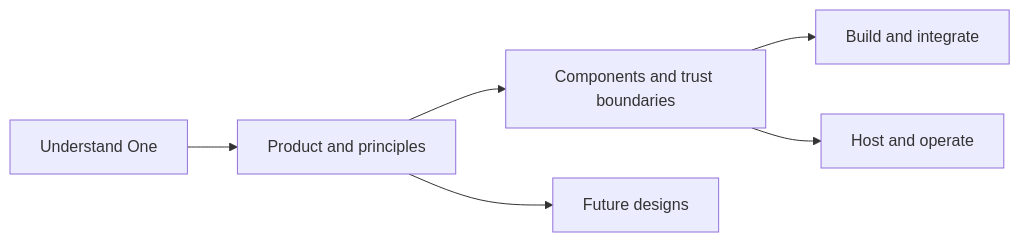
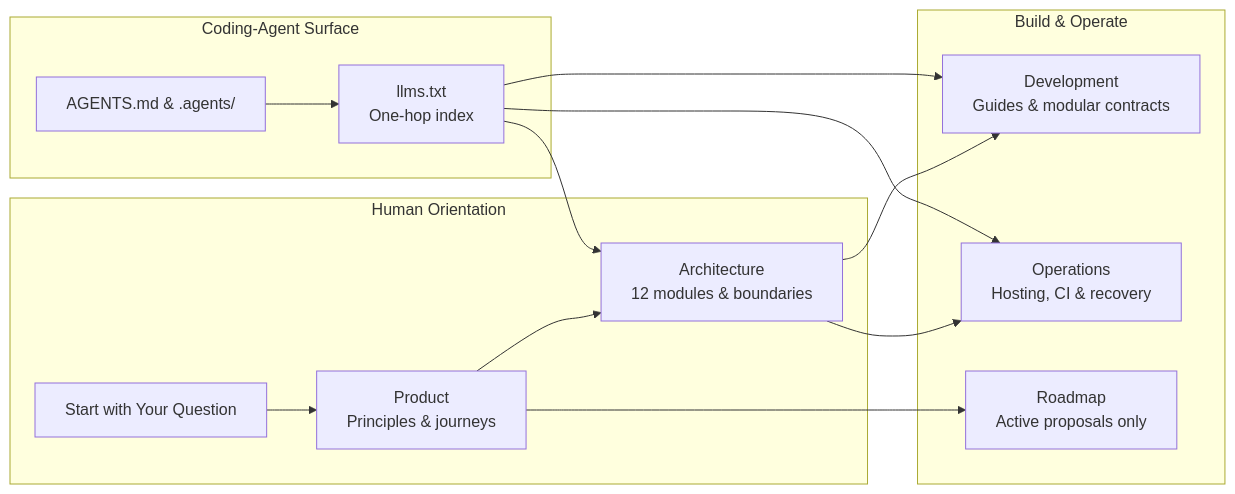
One commit to hushh-labs/hushh-research changed the diagram in docs/README.md. Above: the diagram before and after it, drawn with Mermaid. The commit also changed other lines of this file and 12 other files, not shown here.

First line of the commit message:
docs: wave 1 dual-audience guideline, brand hero visuals, and llms.txt index

````diff
--- a/docs/README.md
+++ b/docs/README.md
@@ -18,14 +27,29 @@
 ```mermaid
 flowchart LR
-  person["Understand One"]
-  product["Product and principles"]
-  architecture["Components and trust boundaries"]
-  development["Build and integrate"]
-  operations["Host and operate"]
-  roadmap["Future designs"]
+  subgraph HumanJourney["Human Orientation"]
+    person["Start with Your Question"]
+    product["Product<br/>Principles & journeys"]
+    architecture["Architecture<br/>12 modules & boundaries"]
+  end
+
+  subgraph Engineering["Build & Operate"]
+    development["Development<br/>Guides & modular contracts"]
+    operations["Operations<br/>Hosting, CI & recovery"]
+    roadmap["Roadmap<br/>Active proposals only"]
+  end
+
+  subgraph AgentSurface["Coding-Agent Surface"]
+    agents["AGENTS.md & .agents/"]
+    llms["llms.txt<br/>One-hop index"]
+  end
+
   person --> product
   product --> architecture
   architecture --> development
   architecture --> operations
   product --> roadmap
+  agents --> llms
+  llms --> architecture
+  llms --> development
+  llms --> operations
 ```
````
